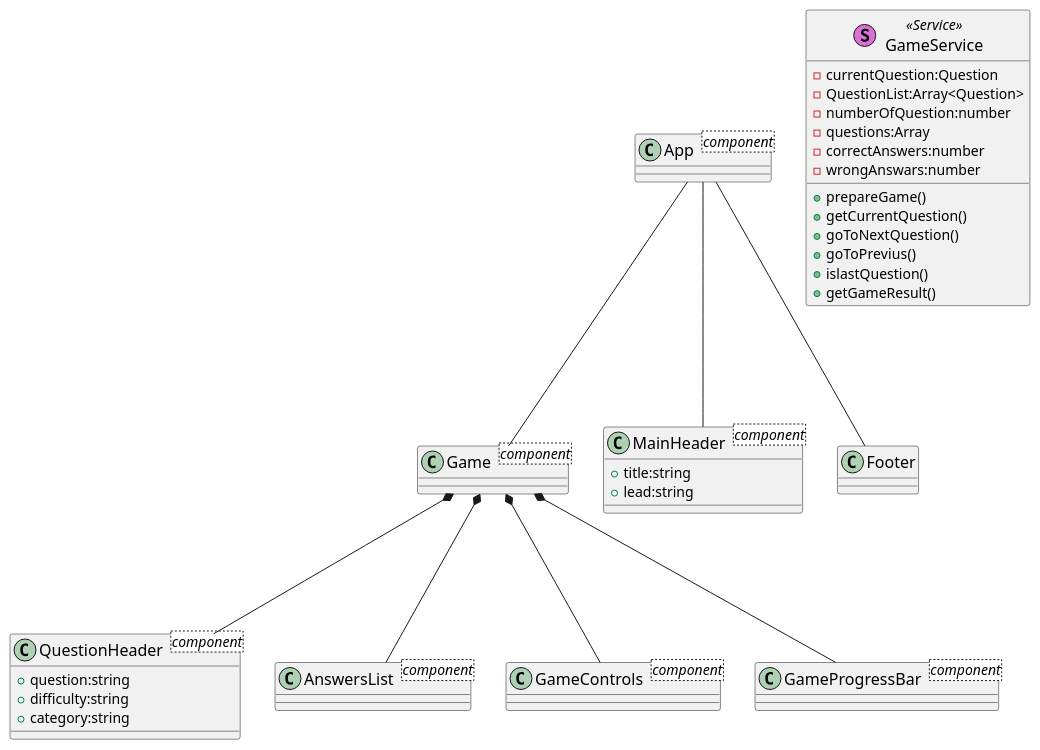
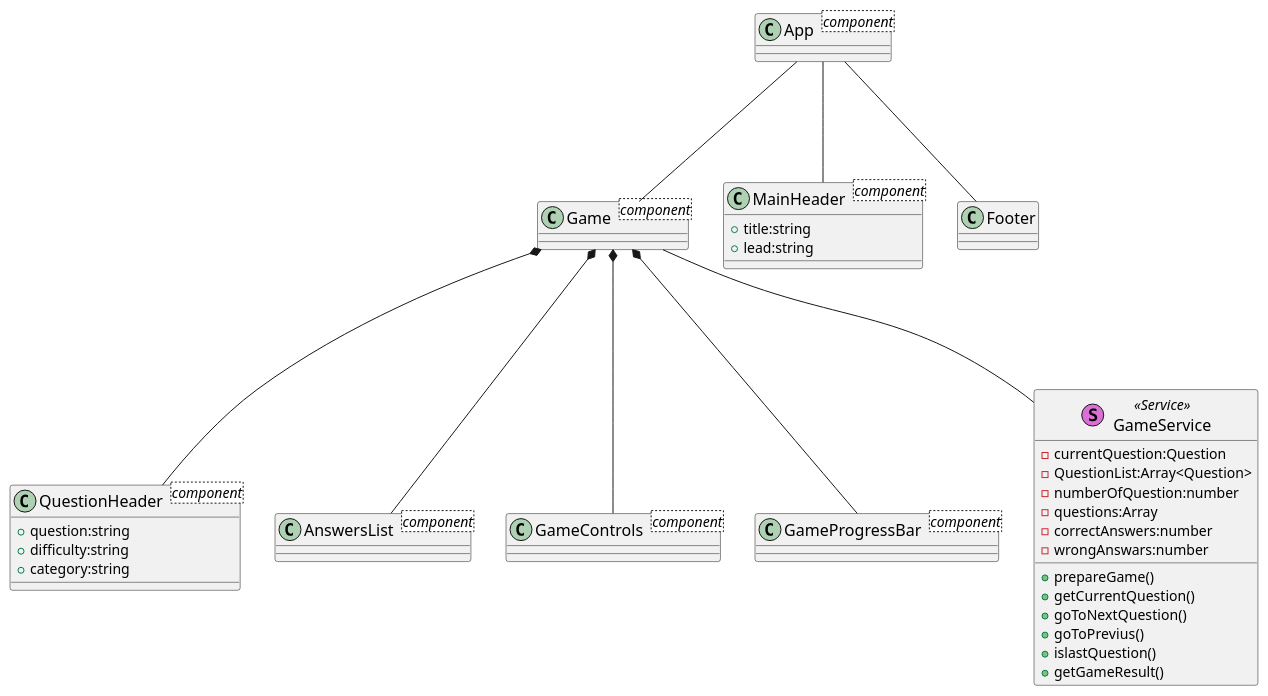
Before and after one commit to corsidrive/2020-21-QuizApp-Angular: the diagram in __docs__/angular_quiz.component.puml, drawn with PlantUML. The commit also changed 1 other file, not shown here.

Commit message:
Abbozzato Il service

```diff
--- a/__docs__/angular_quiz.component.puml
+++ b/__docs__/angular_quiz.component.puml
@@ -1,59 +1,64 @@
 @startuml
 
 'https://plantuml.com/skinparam
 'https://plantuml-documentation.readthedocs.io/en/latest/formatting/all-skin-params.html
 'java -jar plantuml.jar -language
 
 skinparam shadowing false
 skinparam classFontSize 16
 skinparam classStereotypeFontSize 14
 'skinparam monochrome reverse
 'skinparam classFontColor red
 'skinparam classFontName Aapex
 
 
   App --- Game
   App --- MainHeader
   App --- Footer
 
   Game *--- QuestionHeader 
   Game *--- AnswersList
   Game *--- GameControls
   Game *--- GameProgressBar
 
+  Game --- GameService
+
   class App <component> {}
 
   class MainHeader <component> {
     + title:string
     + lead:string 
   }
 
   class QuestionHeader <component> {
     + question:string
     + difficulty:string
     + category:string
   }
 
-  class Game <component>
+  class Game <component> {
+
+  }
   class GameControls <component>
   class GameProgressBar <component>
   class AnswersList <component>
+  
 
 
   
   class GameService << (S,orchid) Service >> {
       - currentQuestion:Question
       - QuestionList:Array<Question>
       - numberOfQuestion:number
       - questions:Array
       - correctAnswers:number
       - wrongAnswars:number
       ' imposta la partita imposta la pria domanda
       + prepareGame()
       + getCurrentQuestion()
       + goToNextQuestion()
       + goToPrevius()
       + islastQuestion()
       + getGameResult()
   }
 @enduml
```
